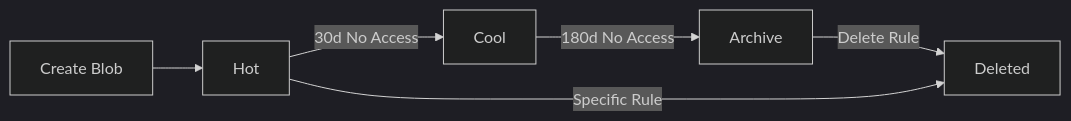
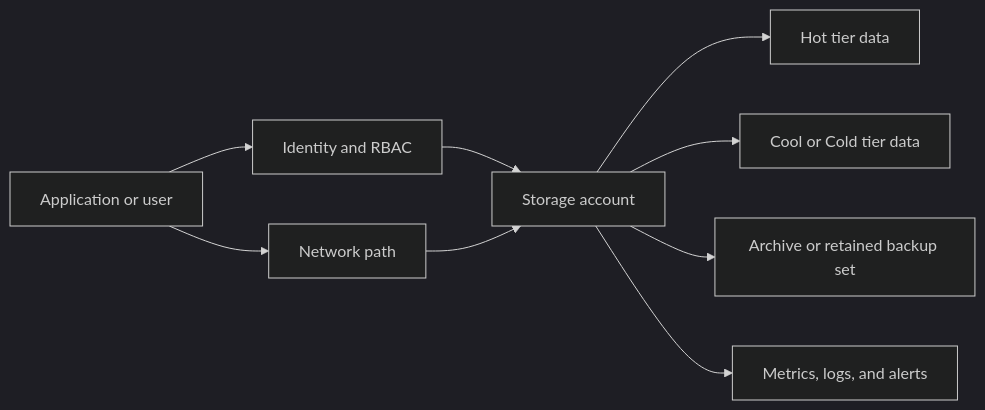
One commit to yeongseon/azure-storage-practical-guide changed the second of 2 diagrams in docs/best-practices/lifecycle-management-best-practices.md. Above: the diagram before and after it, drawn with Mermaid (dark theme). The commit also changed other lines of this file and 26 other files, not shown here.

````diff
--- a/docs/best-practices/lifecycle-management-best-practices.md
+++ b/docs/best-practices/lifecycle-management-best-practices.md
@@ -16,8 +401,11 @@
 ```mermaid
-graph LR
-    A[Create Blob] --> B[Hot]
-    B -->|30d No Access| C[Cool]
-    C -->|180d No Access| D[Archive]
-    D -->|Delete Rule| E[Deleted]
-    B -->|Specific Rule| E
+flowchart LR
+    A[Application or user] --> B[Identity and RBAC]
+    A --> C[Network path]
+    B --> D[Storage account]
+    C --> D
+    D --> E[Hot tier data]
+    D --> F[Cool or Cold tier data]
+    D --> G[Archive or retained backup set]
+    D --> H[Metrics, logs, and alerts]
 ```
````
